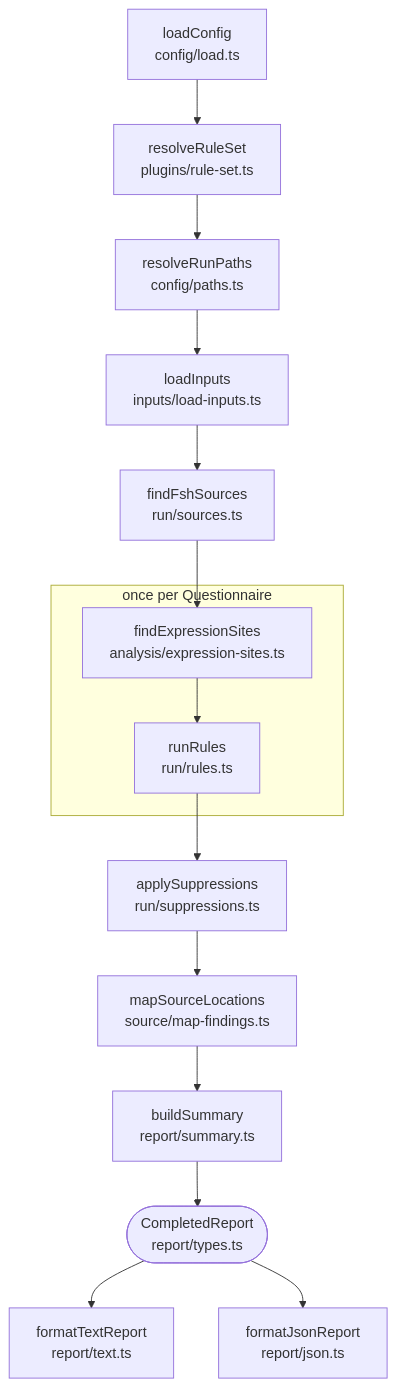
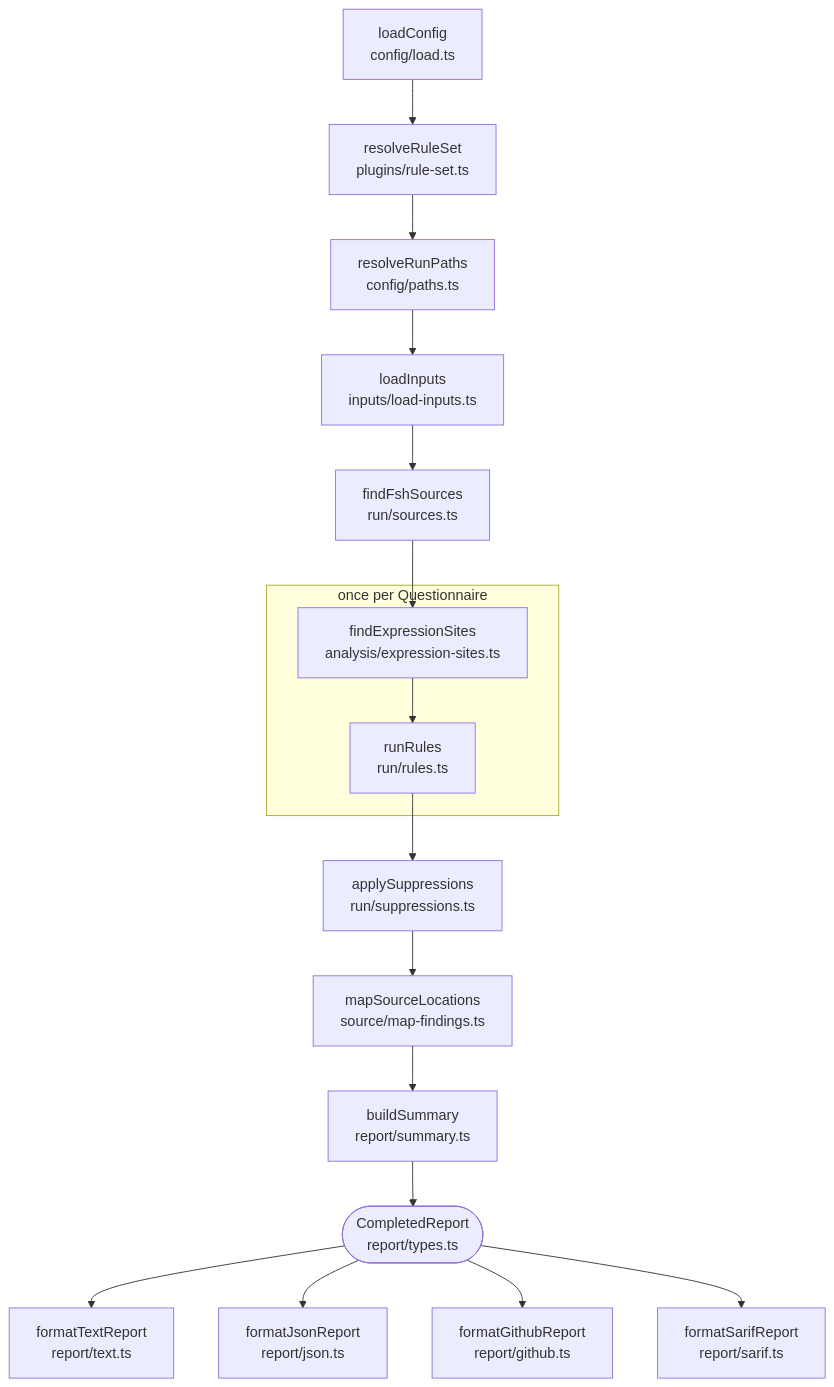
Before and after one commit to aehrc/sdc-questionnaire-lint: the diagram in docs/architecture.md, drawn with Mermaid. The commit also changed other lines of this file and 7 other files, not shown here.

````diff
--- a/docs/architecture.md
+++ b/docs/architecture.md
@@ -9,19 +9,21 @@
 ```mermaid
 flowchart TD
   loadConfig["loadConfig<br/>config/load.ts"] --> resolveRuleSet["resolveRuleSet<br/>plugins/rule-set.ts"]
   resolveRuleSet --> resolveRunPaths["resolveRunPaths<br/>config/paths.ts"]
   resolveRunPaths --> loadInputs["loadInputs<br/>inputs/load-inputs.ts"]
   loadInputs --> findFshSources["findFshSources<br/>run/sources.ts"]
   findFshSources --> findExpressionSites
 
   subgraph perDocument["once per Questionnaire"]
     findExpressionSites["findExpressionSites<br/>analysis/expression-sites.ts"] --> runRules["runRules<br/>run/rules.ts"]
   end
 
   runRules --> applySuppressions["applySuppressions<br/>run/suppressions.ts"]
   applySuppressions --> mapSourceLocations["mapSourceLocations<br/>source/map-findings.ts"]
   mapSourceLocations --> buildSummary["buildSummary<br/>report/summary.ts"]
   buildSummary --> report(["CompletedReport<br/>report/types.ts"])
   report --> formatText["formatTextReport<br/>report/text.ts"]
   report --> formatJson["formatJsonReport<br/>report/json.ts"]
+  report --> formatGithub["formatGithubReport<br/>report/github.ts"]
+  report --> formatSarif["formatSarifReport<br/>report/sarif.ts"]
 ```
````
